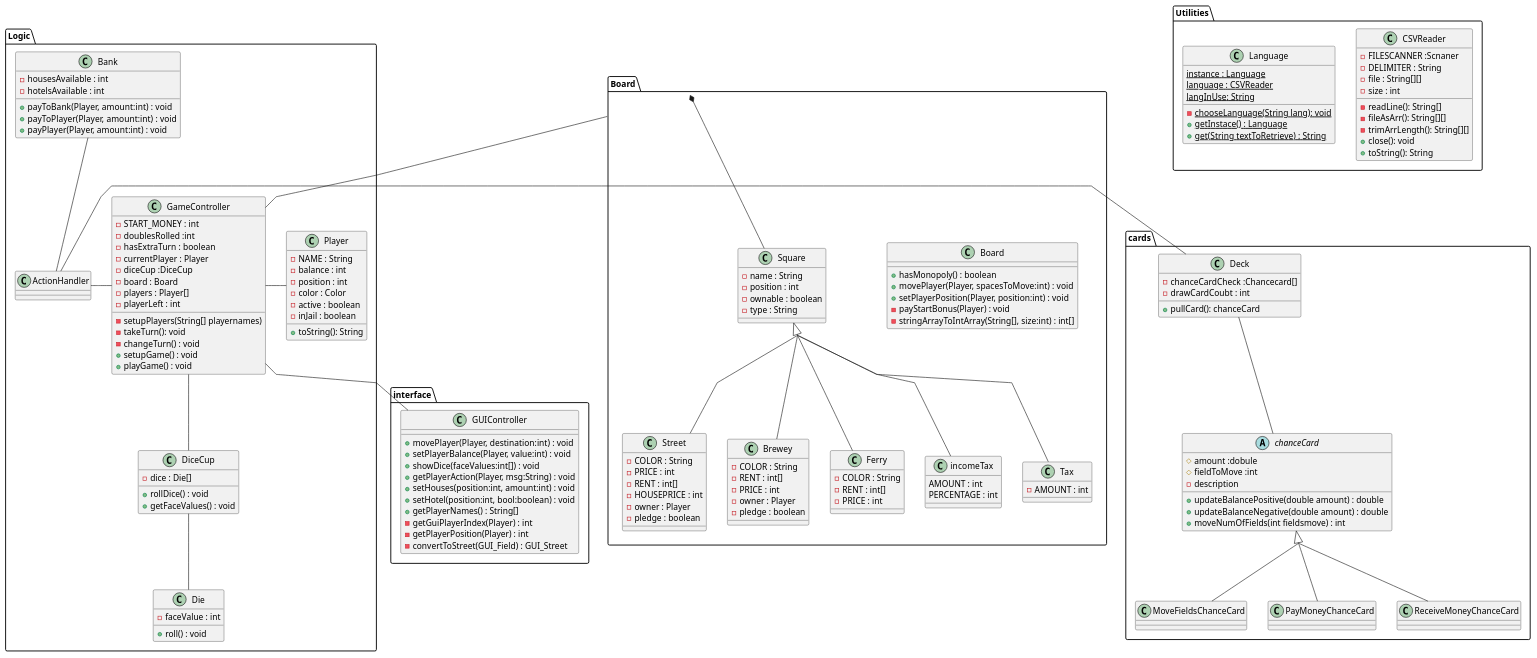
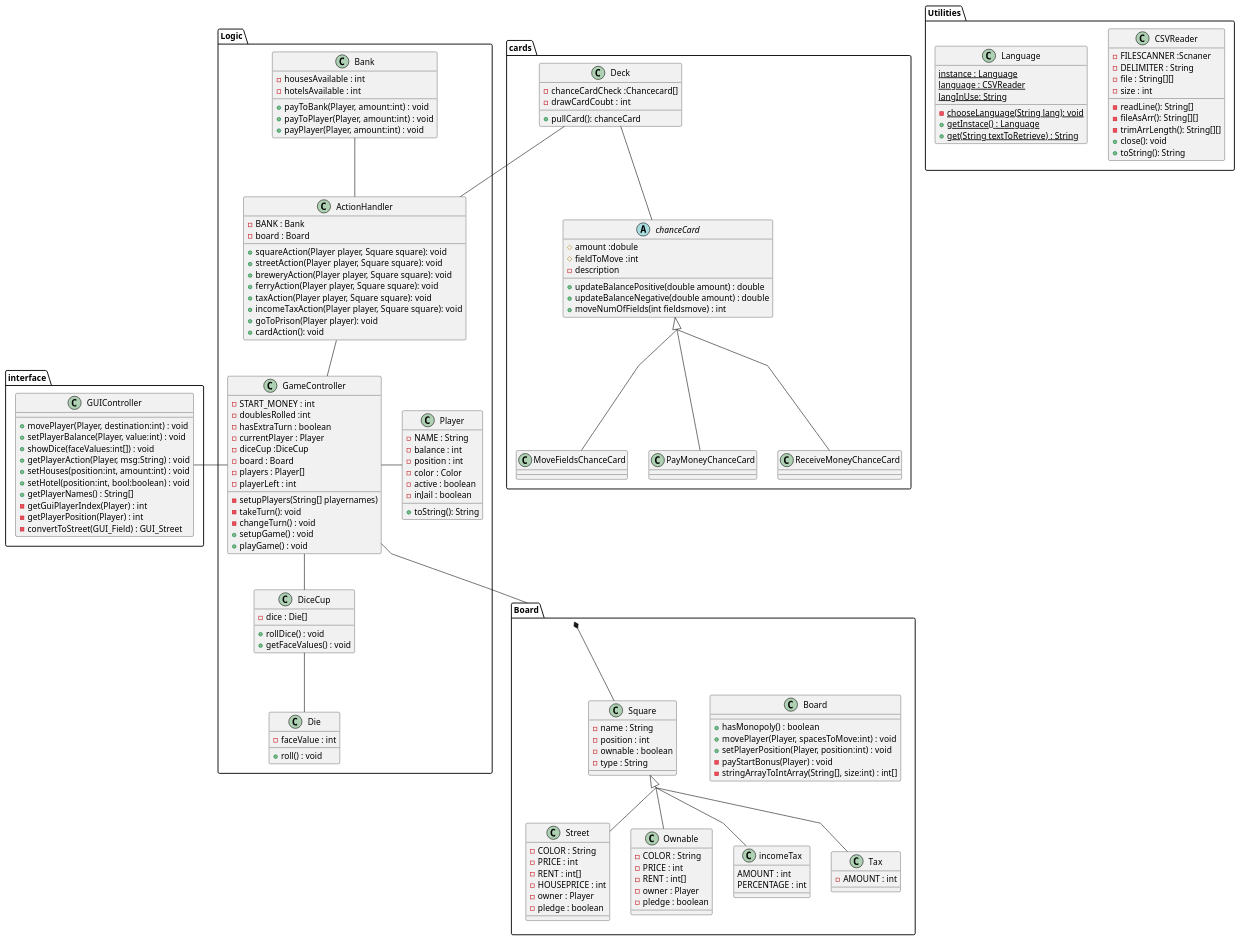
The diagram in diagrams/design_class_diagram.puml (Greve2001/CDIO-final), drawn with PlantUML before and after one commit.

Commit message:
Updated Design Class diagram

```diff
--- a/diagrams/design_class_diagram.puml
+++ b/diagrams/design_class_diagram.puml
@@ -6,7 +6,7 @@
 
 package Board
 {
-class Board {
+     class Board {
     +hasMonopoly() : boolean
     +movePlayer(Player, spacesToMove:int) : void
     +setPlayerPosition(Player, position:int) : void
@@ -31,27 +31,18 @@
 
 
      }
-     class Brewey
-     {
-       -COLOR : String
-       -RENT : int[]
-       -PRICE : int
-       -owner : Player
-       -pledge : boolean
+     class Ownable{
+        -COLOR : String
+        -PRICE : int
+        -RENT : int[]
+        -owner : Player
+        -pledge : boolean
      }
-     class Ferry
-     {
-       -COLOR : String
-       -RENT : int[]
-       -PRICE : int
-     }
-     class incomeTax
-     {
+     class incomeTax{
        AMOUNT : int
        PERCENTAGE : int
      }
-     class Tax
-     {
+     class Tax{
         -AMOUNT : int
      }
 }
@@ -66,31 +57,25 @@
        +updateBalanceNegative(double amount) : double
        +moveNumOfFields(int fieldsmove) : int
    }
-   class Deck
-   {
+   class Deck{
       -chanceCardCheck :Chancecard[]
       -drawCardCoubt : int
 
       +pullCard(): chanceCard
    }
-   class MoveFieldsChanceCard
-   {
+   class MoveFieldsChanceCard{
 
    }
-   class PayMoneyChanceCard
-   {
+   class PayMoneyChanceCard{
 
    }
-   class ReceiveMoneyChanceCard
-   {
+   class ReceiveMoneyChanceCard{
 
    }
 }
 
-package Logic
-{
-   class Player
-    {
+package Logic{
+   class Player{
     -NAME : String
     -balance : int
     -position : int
@@ -124,6 +109,17 @@
 
      }
      class ActionHandler {
+         -BANK : Bank
+         -board : Board
+
+         +squareAction(Player player, Square square): void
+         +streetAction(Player player, Square square): void
+         +breweryAction(Player player, Square square): void
+         +ferryAction(Player player, Square square): void
+         +taxAction(Player player, Square square): void
+         +incomeTaxAction(Player player, Square square): void
+         +goToPrison(Player player): void
+         +cardAction(): void
 
 
      }
@@ -146,8 +142,7 @@
 
      }
 }
-package interface
-{
+package interface{
 class GUIController{
     +movePlayer(Player, destination:int) : void
     +setPlayerBalance(Player, value:int) : void
@@ -164,8 +159,7 @@
 }
 package Utilities
 {
-  class CSVReader
-  {
+  class CSVReader{
     -FILESCANNER :Scnaner
     -DELIMITER : String
     -file : String[][]
@@ -177,8 +171,7 @@
     +close(): void
     +toString(): String
   }
-  class Language
-  {
+  class Language{
      {static} instance : Language
      {static} language : CSVReader
      {static} langInUse: String
@@ -191,18 +184,17 @@
   }
 }
 
-GameController -- GUIController
+GameController -l- GUIController
 Bank -- ActionHandler
-GameController -l- ActionHandler
+GameController -u- ActionHandler
 GameController -- DiceCup
 DiceCup -- Die
 GameController -r- Player
 
-ActionHandler -l- Deck
-GameController -u- Board
+ActionHandler -u- Deck
+GameController -d- Board
 Board *-d- Square
-Square <|-- Brewey
-Square <|-- Ferry
+Square <|-- Ownable
 Square <|-- incomeTax
 Square <|-- Street
 Square <|-- Tax
```
